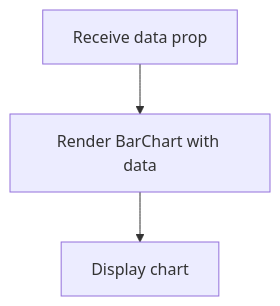
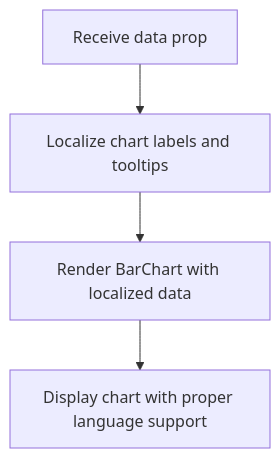
The fourth of 10 diagrams in .qoder/repowiki/en/content/Modules System/Reports Module.md (geniusdynamics/schoolpilot), drawn with Mermaid before and after one commit. The commit also changed other lines of this file and 16 other files, not shown here.

````diff
--- a/.qoder/repowiki/en/content/Modules System/Reports Module.md
+++ b/.qoder/repowiki/en/content/Modules System/Reports Module.md
@@ -149,5 +208,6 @@
 ```mermaid
 flowchart TD
-Input["Receive data prop"] --> RenderChart["Render BarChart with data"]
-RenderChart --> Output["Display chart"]
+Input["Receive data prop"] --> LocalizeLabels["Localize chart labels and tooltips"]
+LocalizeLabels --> RenderChart["Render BarChart with localized data"]
+RenderChart --> Output["Display chart with proper language support"]
 ```
````
